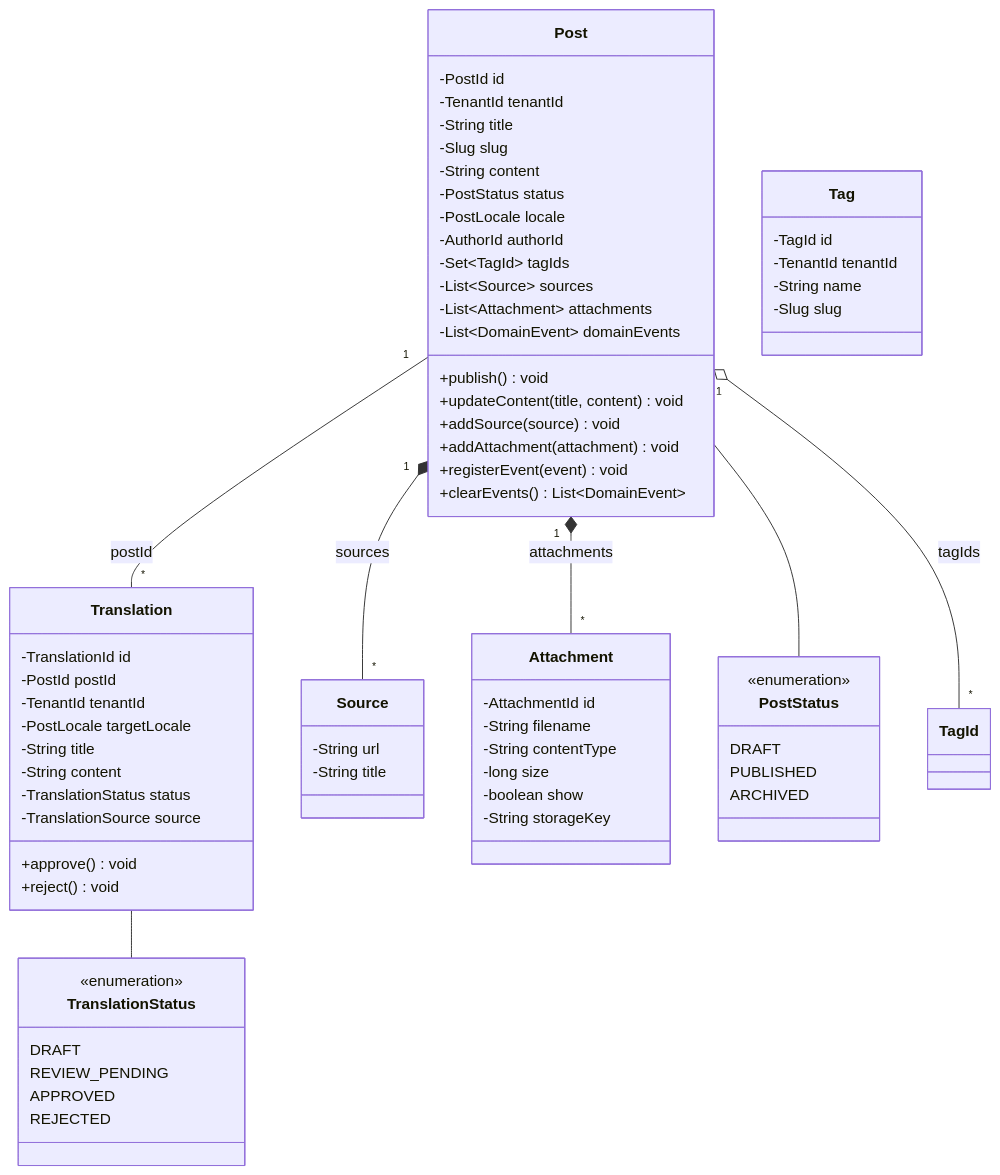
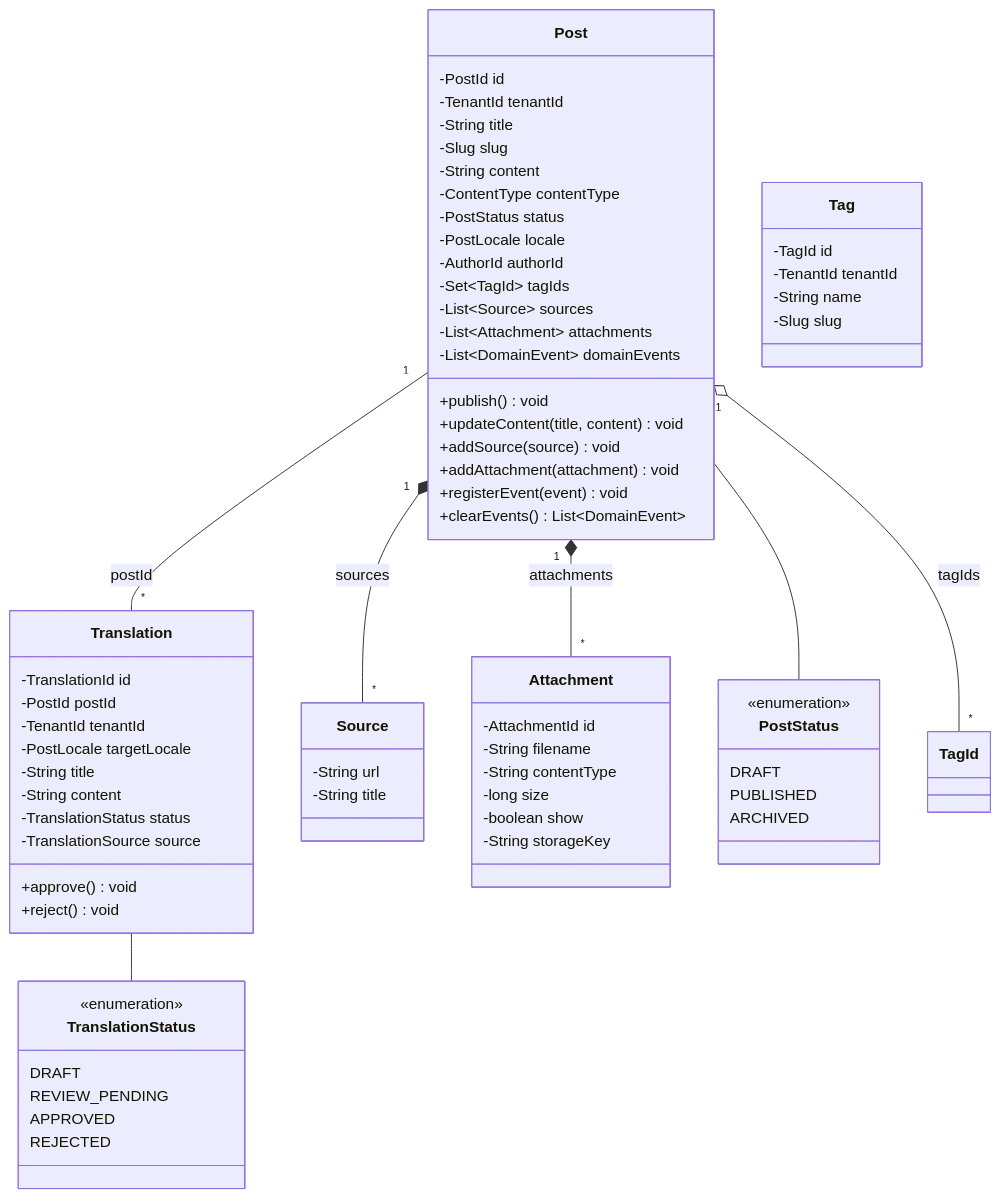
One commit to tomirgang/tomsblog changed the first of 13 diagrams in docs/design/modules/ROOT/pages/blog-content/index.adoc. Above: the diagram before and after it, drawn with Mermaid. The commit also changed other lines of this file and 54 other files, not shown here.

Commit message:
improve blog UI and mermaid diagram support

```diff
--- a/docs/design/modules/ROOT/pages/blog-content/index.adoc
+++ b/docs/design/modules/ROOT/pages/blog-content/index.adoc
@@ -18,80 +18,81 @@
 [mermaid]
 ----
 classDiagram
     class Post {
         -PostId id
         -TenantId tenantId
         -String title
         -Slug slug
         -String content
+        -ContentType contentType
         -PostStatus status
         -PostLocale locale
         -AuthorId authorId
         -Set~TagId~ tagIds
         -List~Source~ sources
         -List~Attachment~ attachments
         -List~DomainEvent~ domainEvents
         +publish() void
         +updateContent(title, content) void
         +addSource(source) void
         +addAttachment(attachment) void
         +registerEvent(event) void
         +clearEvents() List~DomainEvent~
     }
 
     class Translation {
         -TranslationId id
         -PostId postId
         -TenantId tenantId
         -PostLocale targetLocale
         -String title
         -String content
         -TranslationStatus status
         -TranslationSource source
         +approve() void
         +reject() void
     }
 
     class Tag {
         -TagId id
         -TenantId tenantId
         -String name
         -Slug slug
     }
 
     class Source {
         -String url
         -String title
     }
 
     class Attachment {
         -AttachmentId id
         -String filename
         -String contentType
         -long size
         -boolean show
         -String storageKey
     }
 
     class PostStatus {
         <<enumeration>>
         DRAFT
         PUBLISHED
         ARCHIVED
     }
 
     class TranslationStatus {
         <<enumeration>>
         DRAFT
         REVIEW_PENDING
         APPROVED
         REJECTED
     }
 
     Post "1" *-- "*" Source : sources
     Post "1" *-- "*" Attachment : attachments
     Post "1" o-- "*" TagId : tagIds
     Post "1" -- "*" Translation : postId
     Post -- PostStatus
     Translation -- TranslationStatus
 ----
```
